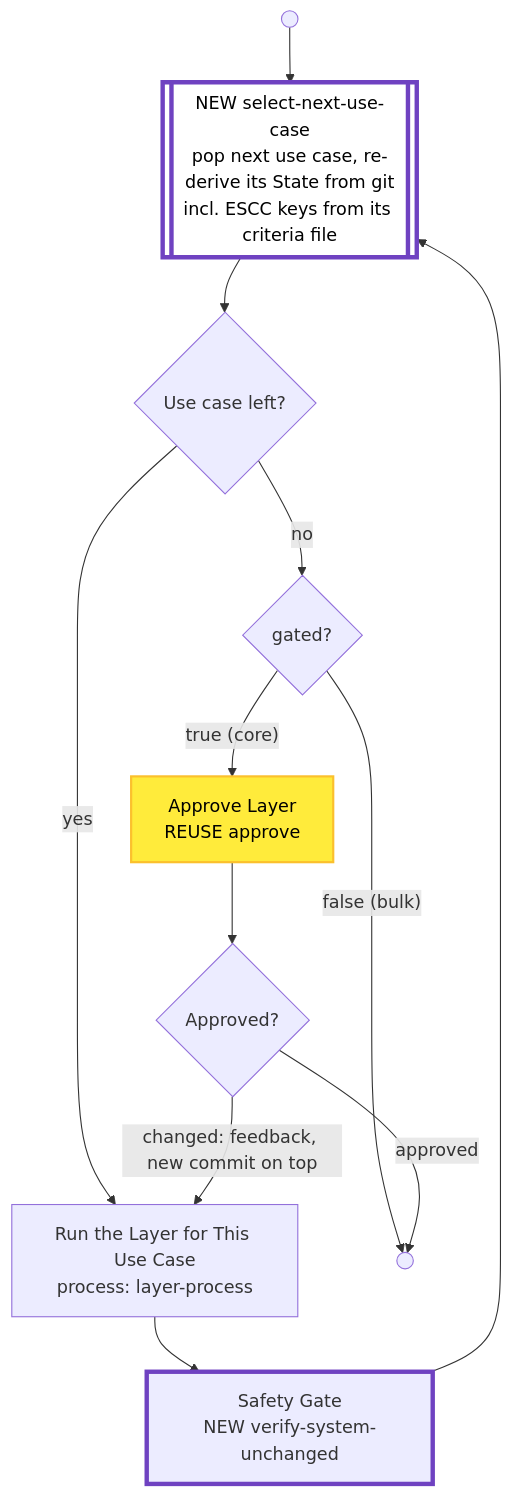
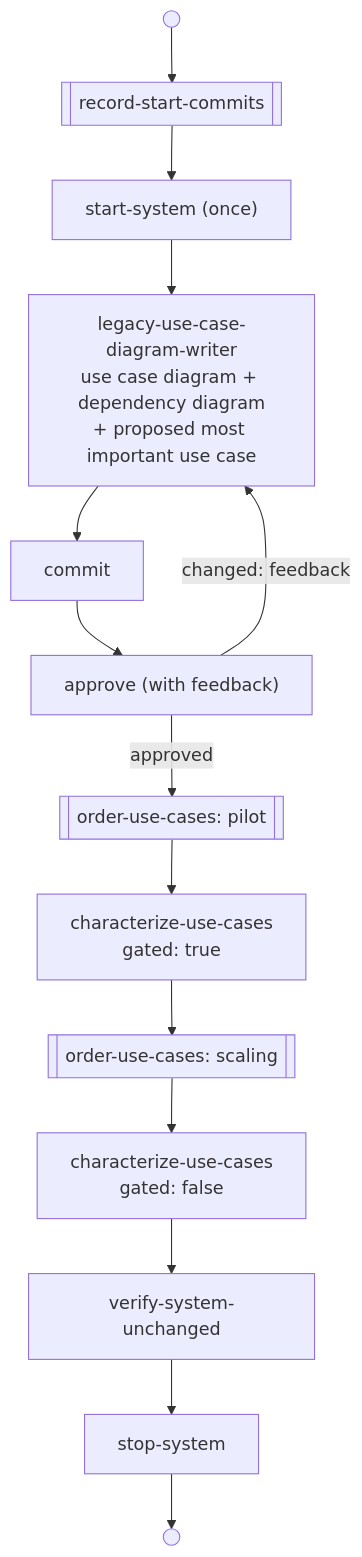
One commit to optivem/gh-optivem changed the first of 6 diagrams in plans/20261110-1130-legacy-baseline-bulk-impl.md. Above: the diagram before and after it, drawn with Mermaid. The commit also changed other lines of this file and 8 other files, not shown here.

First line of the commit message:
characterize Step 3a: operator feedback on approve, passed to redo agents

````diff
--- a/plans/20261110-1130-legacy-baseline-bulk-impl.md
+++ b/plans/20261110-1130-legacy-baseline-bulk-impl.md
@@ -198,28 +140,11 @@
 ```mermaid
 flowchart TD
-    L_START(( ))
-    NEXT_UC[["NEW select-next-use-case<br/>pop next use case, re-derive its State from git<br/>incl. ESCC keys from its criteria file"]]
-    GW_MORE{"Use case left?"}
-    RUN_LAYER["Run the Layer for This Use Case<br/>process: layer-process"]
-    SAFETY["Safety Gate<br/>NEW verify-system-unchanged"]
-    GW_GATED{"gated?"}
-    APPROVE_LAYER["Approve Layer<br/>REUSE approve"]
-    GW_APPROVED{"Approved?"}
-    L_END(( ))
-
-    L_START --> NEXT_UC --> GW_MORE
-    GW_MORE -- yes --> RUN_LAYER --> SAFETY --> NEXT_UC
-    GW_MORE -- no --> GW_GATED
-    GW_GATED -- "false (bulk)" --> L_END
-    GW_GATED -- "true (core)" --> APPROVE_LAYER --> GW_APPROVED
-    GW_APPROVED -- approved --> L_END
-    GW_APPROVED -- "changed: feedback, new commit on top" --> RUN_LAYER
-
-    classDef serviceNode fill:#ffffff,stroke:#000000,stroke-width:1px,color:#000000
-    classDef humanNode fill:#ffeb3b,stroke:#fbc02d,stroke-width:2px,color:#000000
-    classDef newNode stroke:#6f42c1,stroke-width:4px
-
-    class NEXT_UC serviceNode
-    class APPROVE_LAYER humanNode
-    class NEXT_UC,SAFETY newNode
+    START(( )) --> RECORD[["record-start-commits"]] --> START_SYS["start-system (once)"]
+    START_SYS --> DIAGRAMS["legacy-use-case-diagram-writer<br/>use case diagram + dependency diagram<br/>+ proposed most important use case"]
+    DIAGRAMS --> COMMIT_D["commit"] --> GATE_D["approve (with feedback)"]
+    GATE_D -- "changed: feedback" --> DIAGRAMS
+    GATE_D -- approved --> ORDER_P[["order-use-cases: pilot"]]
+    ORDER_P --> PILOT["characterize-use-cases<br/>gated: true"]
+    PILOT --> ORDER_S[["order-use-cases: scaling"]] --> SCALE["characterize-use-cases<br/>gated: false"]
+    SCALE --> FINAL["verify-system-unchanged"] --> STOP["stop-system"] --> END(( ))
 ```
````
